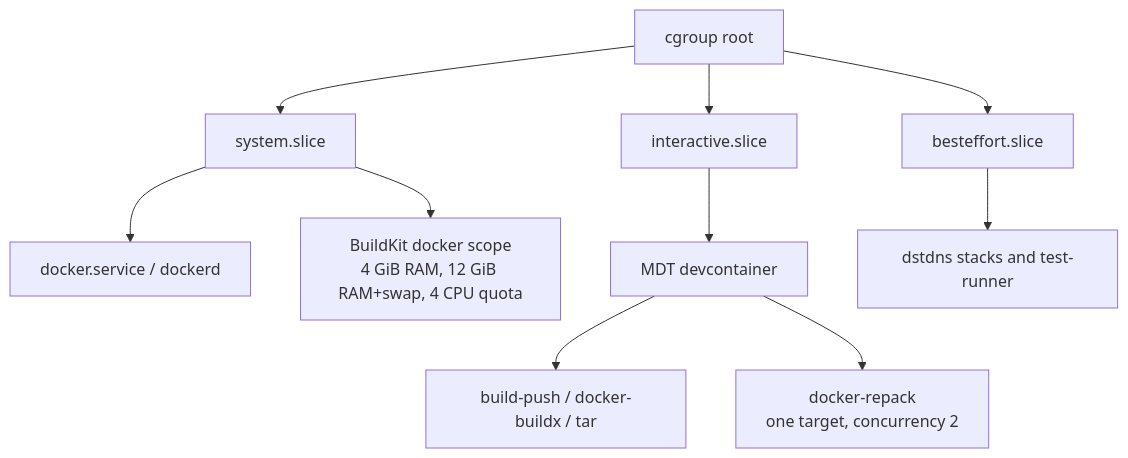
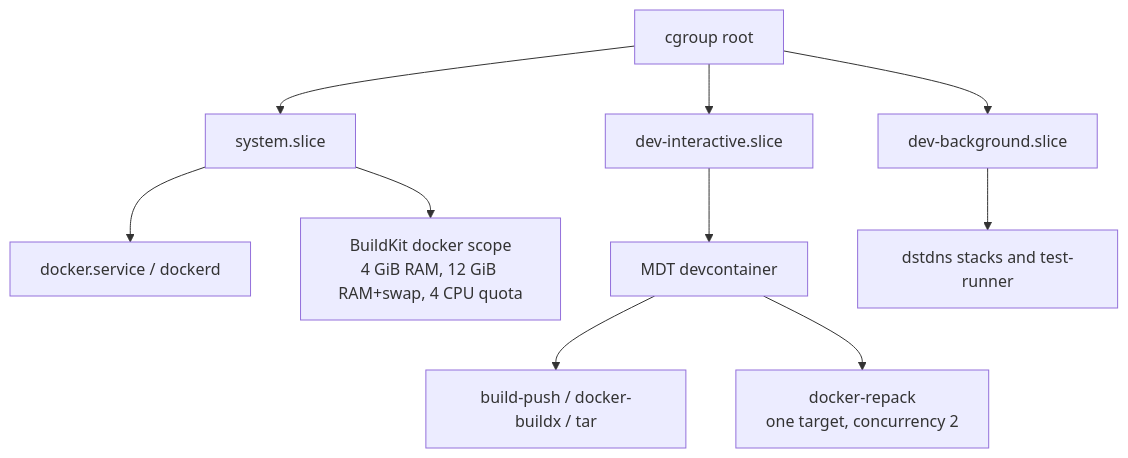
One commit to volkb79-2/vbpub changed the second of 2 diagrams in modern-debian-tools-python-debug/docs/BUILD-ARCHITECTURE.md. Above: the diagram before and after it, drawn with Mermaid. The commit also changed other lines of this file and 39 other files, not shown here.

````diff
--- a/modern-debian-tools-python-debug/docs/BUILD-ARCHITECTURE.md
+++ b/modern-debian-tools-python-debug/docs/BUILD-ARCHITECTURE.md
@@ -126,12 +126,12 @@
 ```mermaid
 flowchart TD
     R[cgroup root] --> S[system.slice]
-    R --> I[interactive.slice]
-    R --> B[besteffort.slice]
+    R --> I[dev-interactive.slice]
+    R --> B[dev-background.slice]
     S --> D[docker.service / dockerd]
     S --> K[BuildKit docker scope<br/>4 GiB RAM, 12 GiB RAM+swap, 4 CPU quota]
     I --> V[MDT devcontainer]
     V --> C[build-push / docker-buildx / tar]
     V --> P[docker-repack<br/>one target, concurrency 2]
     B --> T[dstdns stacks and test-runner]
 ```
````
